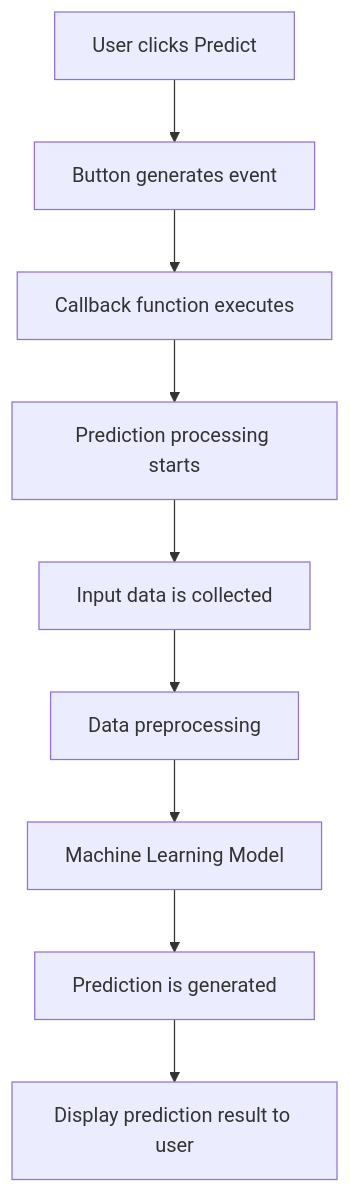
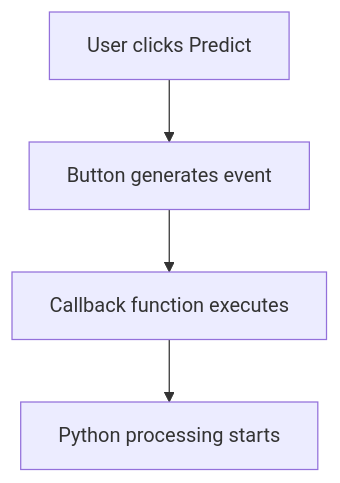
The diagram in README.md (karthick-cmd-source/Smart-Student-Performance-Prediction-System), drawn with Mermaid before and after one commit.

````diff
--- a/README.md
+++ b/README.md
@@ -198,11 +198,6 @@
 ```mermaid
 flowchart TD
     A[User clicks Predict] --> B[Button generates event]
     B --> C[Callback function executes]
-    C --> D[Prediction processing starts]
-    D --> E[Input data is collected]
-    E --> F[Data preprocessing]
-    F --> G[Machine Learning Model]
-    G --> H[Prediction is generated]
-    H --> I[Display prediction result to user]
+    C --> D[Python processing starts]
 ```
````
